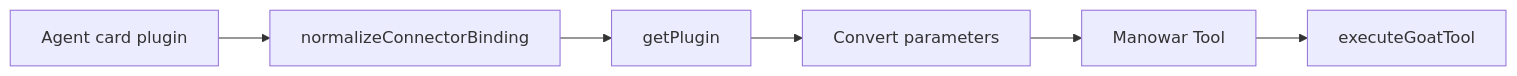
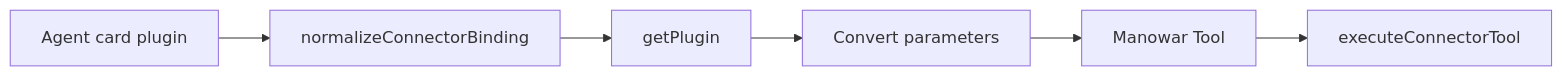
Before and after one commit to compose-market/docs: the diagram in manowar/tools/connectors/onchain-tools.mdx, drawn with Mermaid. The commit also changed other lines of this file and 57 other files, not shown here.

````diff
--- a/manowar/tools/connectors/onchain-tools.mdx
+++ b/manowar/tools/connectors/onchain-tools.mdx
@@ -10,8 +10,8 @@
 ```mermaid
 flowchart LR
   Plugin[Agent card plugin] --> Normalize[normalizeConnectorBinding]
   Normalize --> Load[getPlugin]
   Load --> Schema[Convert parameters]
   Schema --> Tool[Manowar Tool]
-  Tool --> Execute[executeGoatTool]
+  Tool --> Execute[executeConnectorTool]
 ```
````
